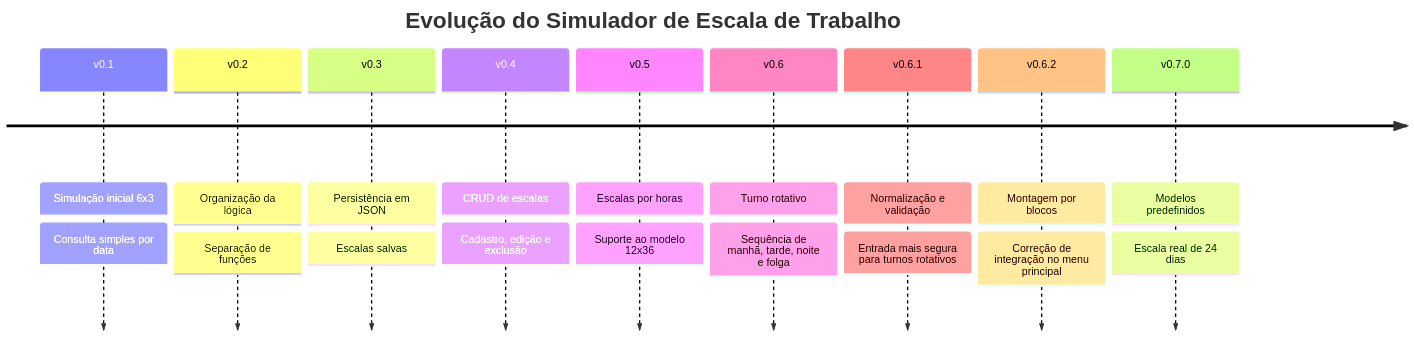
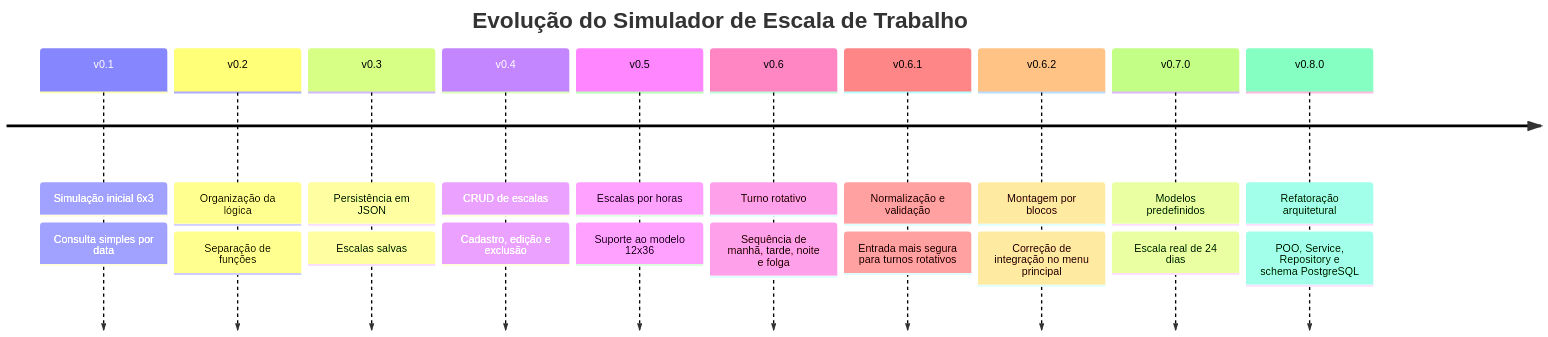
Before and after one commit to Dinox75/simulador-escala-trabalho: the first of 10 diagrams in README.md, drawn with Mermaid. The commit also changed other lines of this file, not shown here.

````diff
--- a/README.md
+++ b/README.md
@@ -127,22 +142,24 @@
 ```mermaid
 timeline
     title Evolução do Simulador de Escala de Trabalho
     v0.1 : Simulação inicial 6x3
          : Consulta simples por data
     v0.2 : Organização da lógica
          : Separação de funções
     v0.3 : Persistência em JSON
          : Escalas salvas
     v0.4 : CRUD de escalas
          : Cadastro, edição e exclusão
     v0.5 : Escalas por horas
          : Suporte ao modelo 12x36
     v0.6 : Turno rotativo
          : Sequência de manhã, tarde, noite e folga
     v0.6.1 : Normalização e validação
            : Entrada mais segura para turnos rotativos
     v0.6.2 : Montagem por blocos
            : Correção de integração no menu principal
     v0.7.0 : Modelos predefinidos
            : Escala real de 24 dias
+    v0.8.0 : Refatoração arquitetural
+           : POO, Service, Repository e schema PostgreSQL
 ```
````
